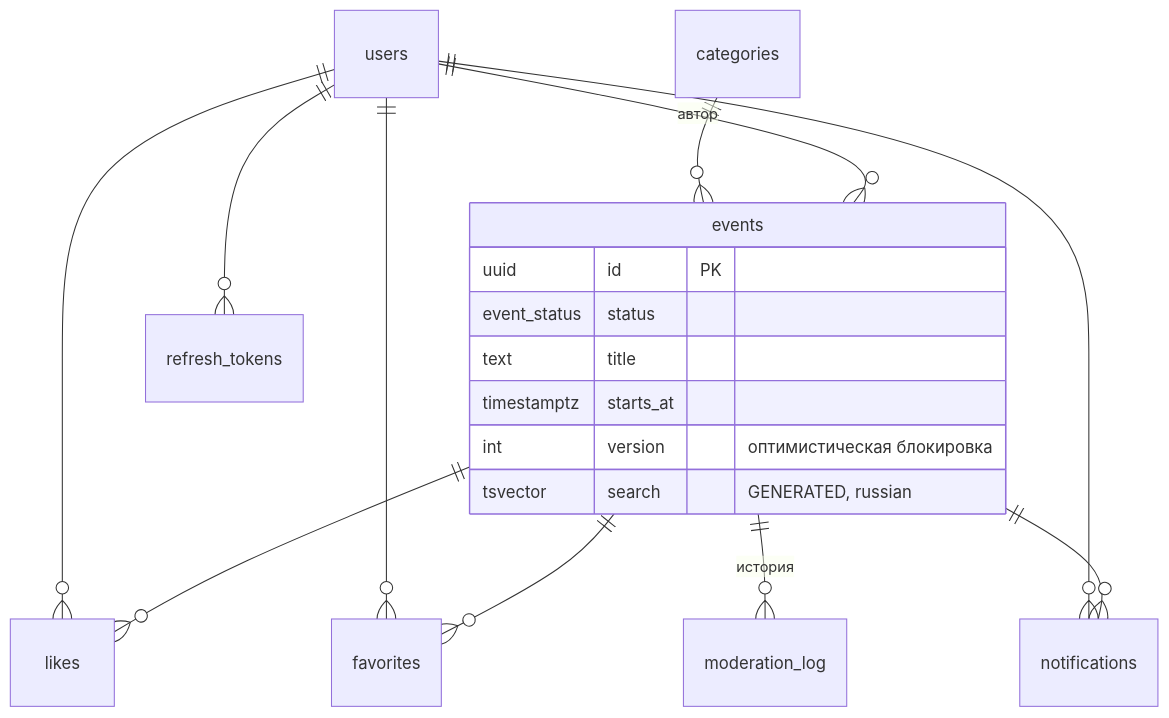
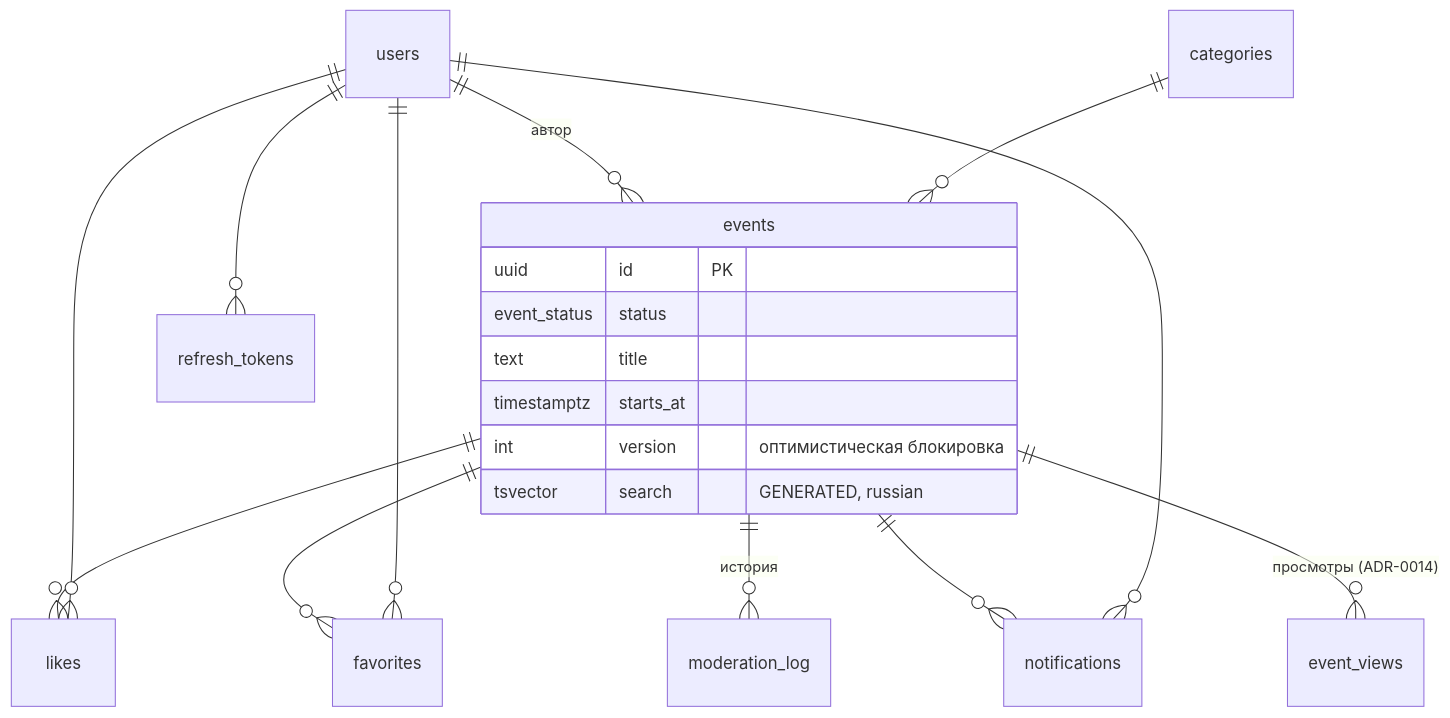
One commit to wprojectsuust/studlenta changed the fourth of 5 diagrams in docs/architecture.md. Above: the diagram before and after it, drawn with Mermaid. The commit also changed other lines of this file and 37 other files, not shown here.

````diff
--- a/docs/architecture.md
+++ b/docs/architecture.md
@@ -96,21 +96,22 @@
 ```mermaid
 erDiagram
   users ||--o{ events : "автор"
   categories ||--o{ events : ""
   events ||--o{ likes : ""
   events ||--o{ favorites : ""
   events ||--o{ moderation_log : "история"
   events ||--o{ notifications : ""
   users ||--o{ likes : ""
   users ||--o{ favorites : ""
   users ||--o{ notifications : ""
   users ||--o{ refresh_tokens : ""
+  events ||--o{ event_views : "просмотры (ADR-0014)"
   events {
     uuid id PK
     event_status status
     text title
     timestamptz starts_at
     int version "оптимистическая блокировка"
     tsvector search "GENERATED, russian"
   }
 ```
````
